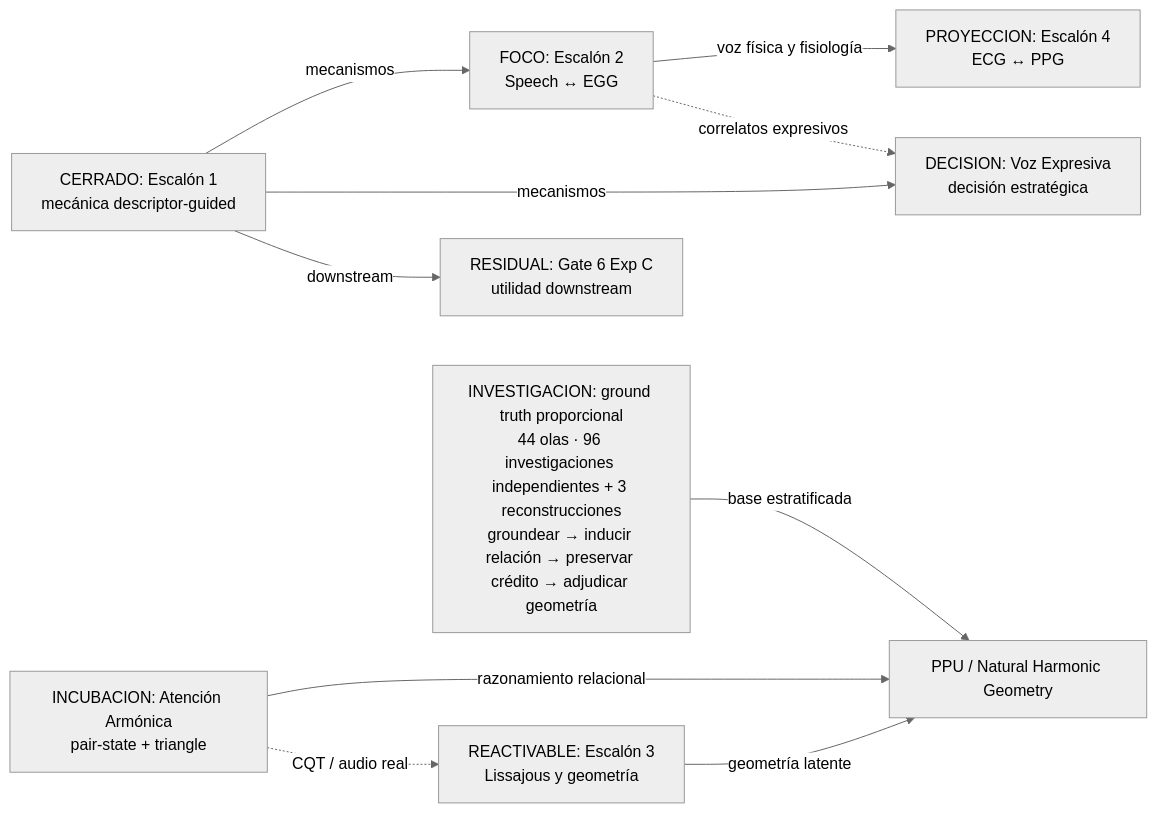
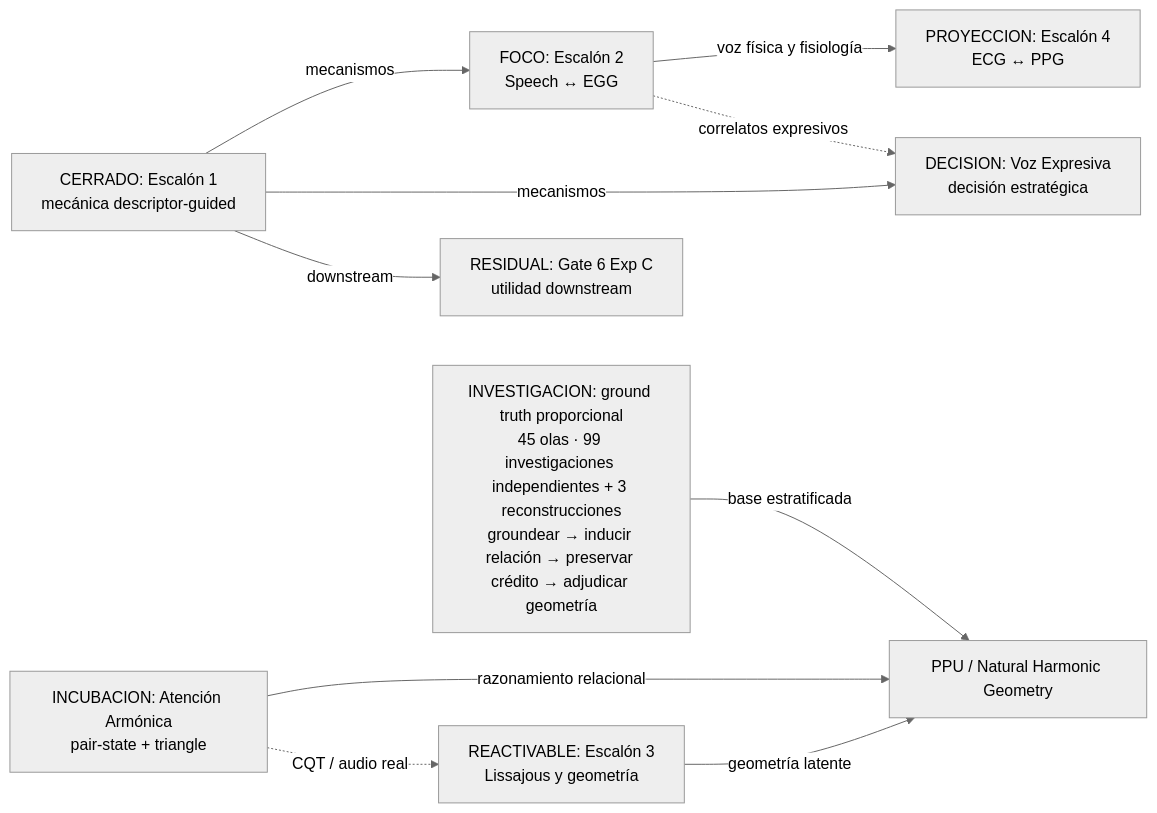
One commit to Mar-IA-no/Phideus changed the first of 2 diagrams in Documents/05_WIKI/MAPA_VISUAL_DEL_PROGRAMA.md. Above: the diagram before and after it, drawn with Mermaid (neutral theme). The commit also changed other lines of this file and 10 other files, not shown here.

````diff
--- a/Documents/05_WIKI/MAPA_VISUAL_DEL_PROGRAMA.md
+++ b/Documents/05_WIKI/MAPA_VISUAL_DEL_PROGRAMA.md
@@ -36,22 +36,22 @@
 ```mermaid
 flowchart LR
     E1["CERRADO: Escalón 1<br/>mecánica descriptor-guided"]
     G6["RESIDUAL: Gate 6 Exp C<br/>utilidad downstream"]
     E2["FOCO: Escalón 2<br/>Speech ↔ EGG"]
     VE["DECISION: Voz Expresiva<br/>decisión estratégica"]
     E3["REACTIVABLE: Escalón 3<br/>Lissajous y geometría"]
     AA["INCUBACION: Atención Armónica<br/>pair-state + triangle"]
     E4["PROYECCION: Escalón 4<br/>ECG ↔ PPG"]
     PPU["PPU / Natural Harmonic Geometry"]
-    GT["INVESTIGACION: ground truth proporcional<br/>44 olas · 96 investigaciones independientes + 3 reconstrucciones<br/>groundear → inducir relación → preservar crédito → adjudicar geometría"]
+    GT["INVESTIGACION: ground truth proporcional<br/>45 olas · 99 investigaciones independientes + 3 reconstrucciones<br/>groundear → inducir relación → preservar crédito → adjudicar geometría"]
 
     E1 -->|mecanismos| E2
     E1 -->|mecanismos| VE
     E1 -->|downstream| G6
     E2 -->|voz física y fisiología| E4
     E2 -.->|correlatos expresivos| VE
     E3 -->|geometría latente| PPU
     AA -->|razonamiento relacional| PPU
     GT -->|base estratificada| PPU
     AA -.->|CQT / audio real| E3
 ```
````
